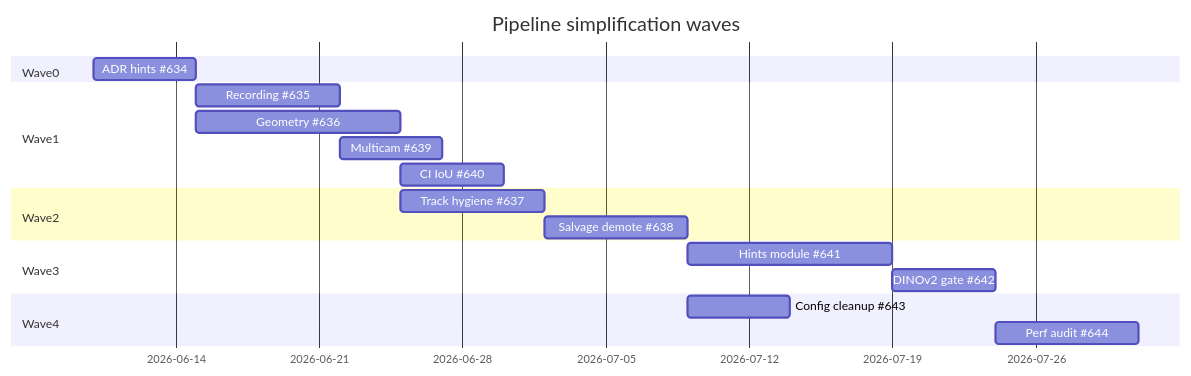
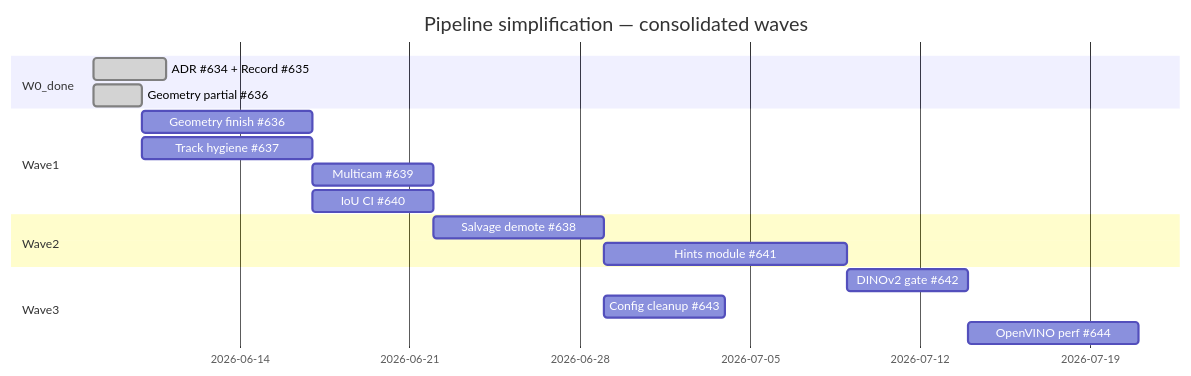
One commit to Gfermoto/BirdLense-Hub changed the second of 2 diagrams in docs/strategy/pipeline_simplification_plan.md. Above: the diagram before and after it, drawn with Mermaid. The commit also changed other lines of this file, not shown here.

First line of the commit message:
docs(strategy): consolidate EPIC #633 waves after W0 landing

````diff
--- a/docs/strategy/pipeline_simplification_plan.md
+++ b/docs/strategy/pipeline_simplification_plan.md
@@ -290,21 +301,20 @@
 ```mermaid
 gantt
-  title Pipeline simplification waves
+  title Pipeline simplification — consolidated waves
   dateFormat YYYY-MM-DD
-  section Wave0
-  ADR hints #634           :w0, 2026-06-10, 5d
+  section W0_done
+  ADR #634 + Record #635     :done, w0, 2026-06-08, 3d
+  Geometry partial #636      :done, w0b, 2026-06-08, 2d
   section Wave1
-  Recording #635           :w1a, after w0, 7d
-  Geometry #636            :w1b, after w0, 10d
-  Multicam #639            :w1c, after w1a, 5d
-  CI IoU #640              :w1d, after w1b, 5d
+  Geometry finish #636       :w1a, 2026-06-10, 7d
+  Track hygiene #637         :w1b, 2026-06-10, 7d
+  Multicam #639              :w1c, after w1a, 5d
+  IoU CI #640                :w1d, after w1a, 5d
   section Wave2
-  Track hygiene #637       :w2a, after w1b, 7d
-  Salvage demote #638      :w2b, after w2a, 7d
+  Salvage demote #638        :w2a, after w1d, 7d
+  Hints module #641          :w2b, after w2a, 10d
   section Wave3
-  Hints module #641        :w3a, after w2b, 10d
-  DINOv2 gate #642         :w3b, after w3a, 5d
-  section Wave4
-  Config cleanup #643      :w4a, after w2b, 5d
-  Perf audit #644          :w4b, after w3b, 7d
+  DINOv2 gate #642           :w3a, after w2b, 5d
+  Config cleanup #643        :w3b, after w2a, 5d
+  OpenVINO perf #644         :w3c, after w3a, 7d
 ```
````
